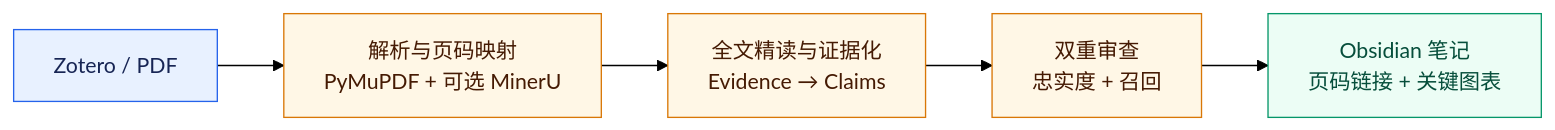
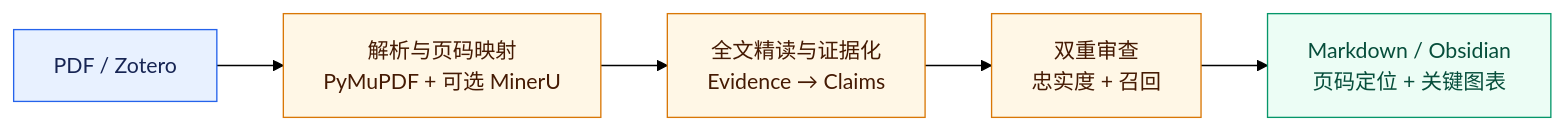
Before and after one commit to xieyf1024/Litanchor-paper-reading: the diagram in README.md, drawn with Mermaid (forest theme). The commit also changed other lines of this file and 35 other files, not shown here.

````diff
--- a/README.md
+++ b/README.md
@@ -63,14 +69,14 @@
 ```mermaid
 flowchart LR
-    source["Zotero / PDF"] --> parse["解析与页码映射<br/>PyMuPDF + 可选 MinerU"]
+    source["PDF / Zotero"] --> parse["解析与页码映射<br/>PyMuPDF + 可选 MinerU"]
     parse --> ground["全文精读与证据化<br/>Evidence → Claims"]
     ground --> review["双重审查<br/>忠实度 + 召回"]
-    review --> note["Obsidian 笔记<br/>页码链接 + 关键图表"]
+    review --> note["Markdown / Obsidian<br/>页码定位 + 关键图表"]
 
     classDef sourceNode fill:#E8F1FF,stroke:#2563EB,color:#172554
     classDef processNode fill:#FFF7E6,stroke:#D97706,color:#451A03
     classDef outputNode fill:#ECFDF5,stroke:#059669,color:#064E3B
     class source sourceNode
     class parse,ground,review processNode
     class note outputNode
 ```
````
